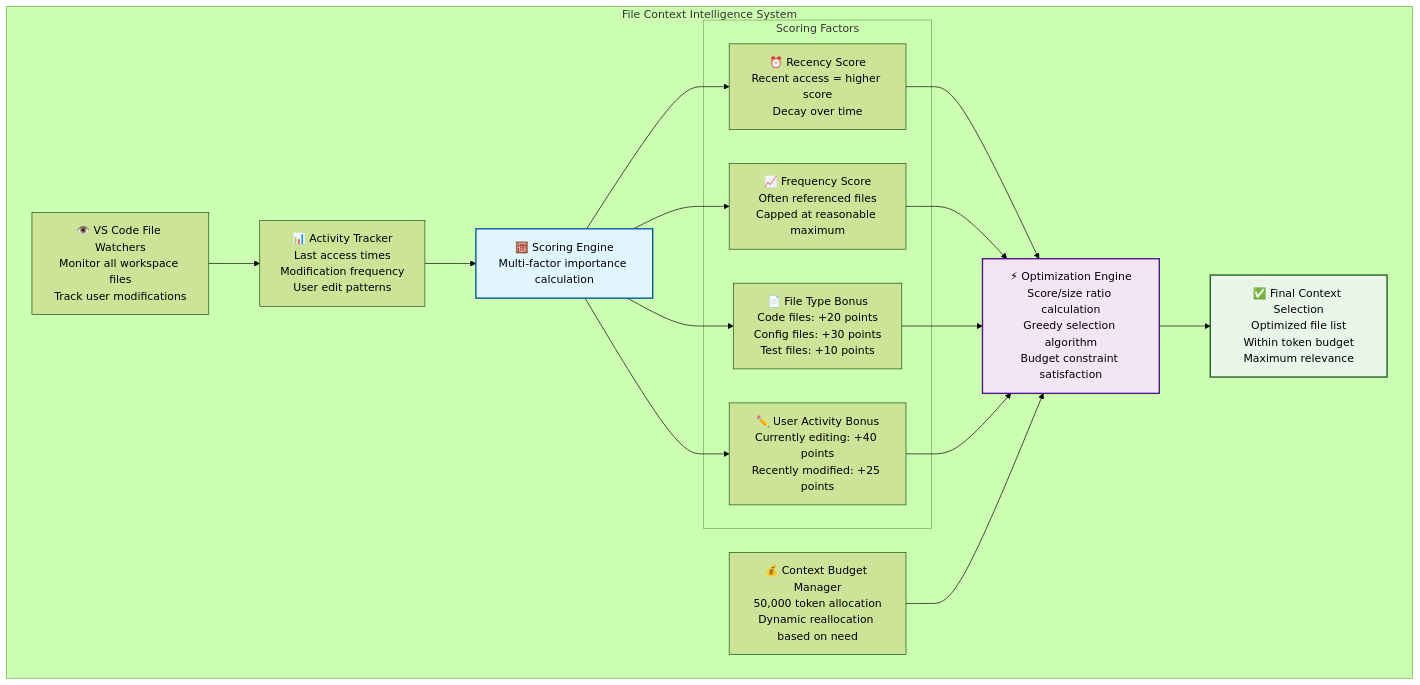
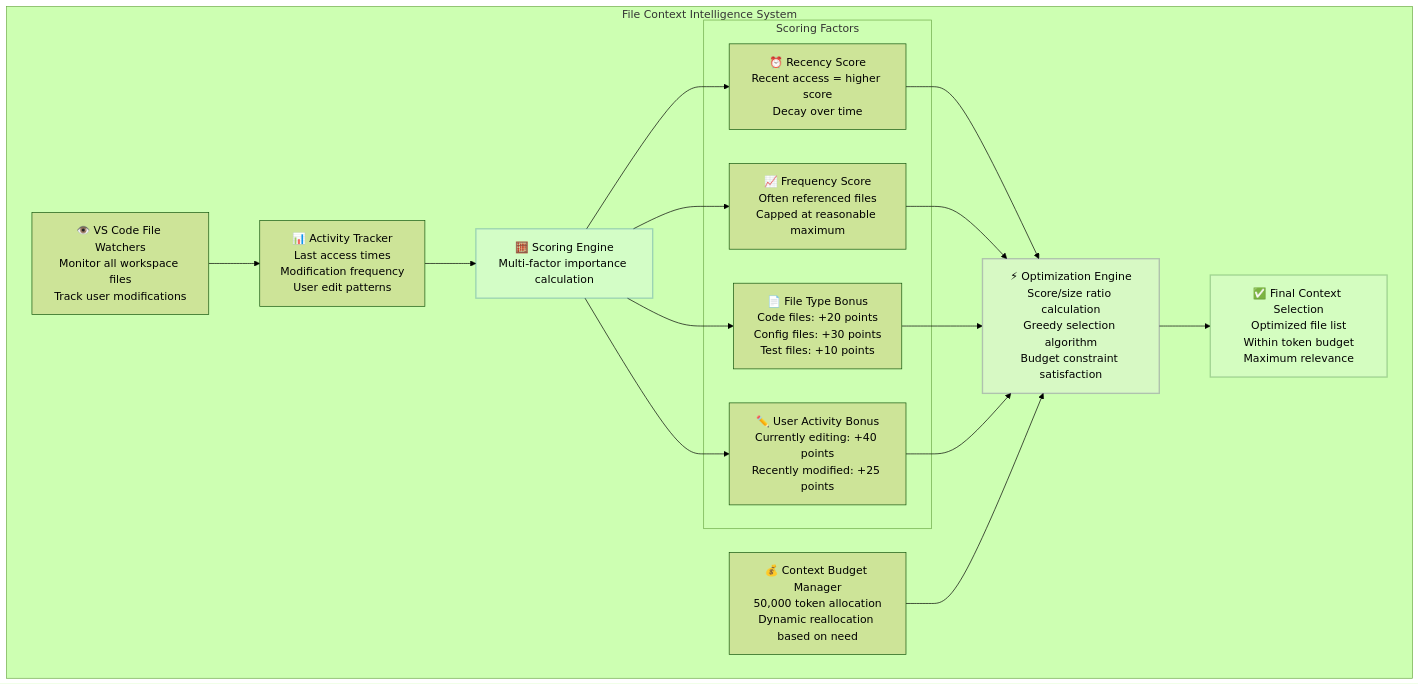
The fourth of 6 diagrams in breakdown/cline.md (tuanddd/research), drawn with Mermaid (forest theme) before and after one commit.

Commit message:
fix: diagram colors

````diff
--- a/breakdown/cline.md
+++ b/breakdown/cline.md
@@ -458,46 +458,46 @@
 ```mermaid
 flowchart TD
     subgraph "File Context Intelligence System"
         FileWatchers[👁️ VS Code File Watchers<br/>Monitor all workspace files<br/>Track user modifications]
 
         ActivityTracker[📊 Activity Tracker<br/>Last access times<br/>Modification frequency<br/>User edit patterns]
 
         ScoringEngine[🧮 Scoring Engine<br/>Multi-factor importance calculation]
 
         subgraph "Scoring Factors"
             Recency[⏰ Recency Score<br/>Recent access = higher score<br/>Decay over time]
 
             Frequency[📈 Frequency Score<br/>Often referenced files<br/>Capped at reasonable maximum]
 
             FileType[📄 File Type Bonus<br/>Code files: +20 points<br/>Config files: +30 points<br/>Test files: +10 points]
 
             UserActivity[✏️ User Activity Bonus<br/>Currently editing: +40 points<br/>Recently modified: +25 points]
         end
 
         ContextBudget[💰 Context Budget Manager<br/>50,000 token allocation<br/>Dynamic reallocation based on need]
 
         OptimizationEngine[⚡ Optimization Engine<br/>Score/size ratio calculation<br/>Greedy selection algorithm<br/>Budget constraint satisfaction]
 
         ContextSelection[✅ Final Context Selection<br/>Optimized file list<br/>Within token budget<br/>Maximum relevance]
     end
 
     FileWatchers --> ActivityTracker
     ActivityTracker --> ScoringEngine
 
     ScoringEngine --> Recency
     ScoringEngine --> Frequency
     ScoringEngine --> FileType
     ScoringEngine --> UserActivity
 
     Recency --> OptimizationEngine
     Frequency --> OptimizationEngine
     FileType --> OptimizationEngine
     UserActivity --> OptimizationEngine
 
     ContextBudget --> OptimizationEngine
     OptimizationEngine --> ContextSelection
 
-    style ScoringEngine fill:#e1f5fe,stroke:#01579b,stroke-width:2px
-    style OptimizationEngine fill:#f3e5f5,stroke:#4a148c,stroke-width:2px
-    style ContextSelection fill:#e8f5e8,stroke:#1b5e20,stroke-width:2px
+    style ScoringEngine fill:#e1f5fe40,stroke:#01579b40,stroke-width:2px,color:#000000
+    style OptimizationEngine fill:#f3e5f540,stroke:#4a148c40,stroke-width:2px,color:#000000
+    style ContextSelection fill:#e8f5e840,stroke:#1b5e2040,stroke-width:2px,color:#000000
 ```
````
